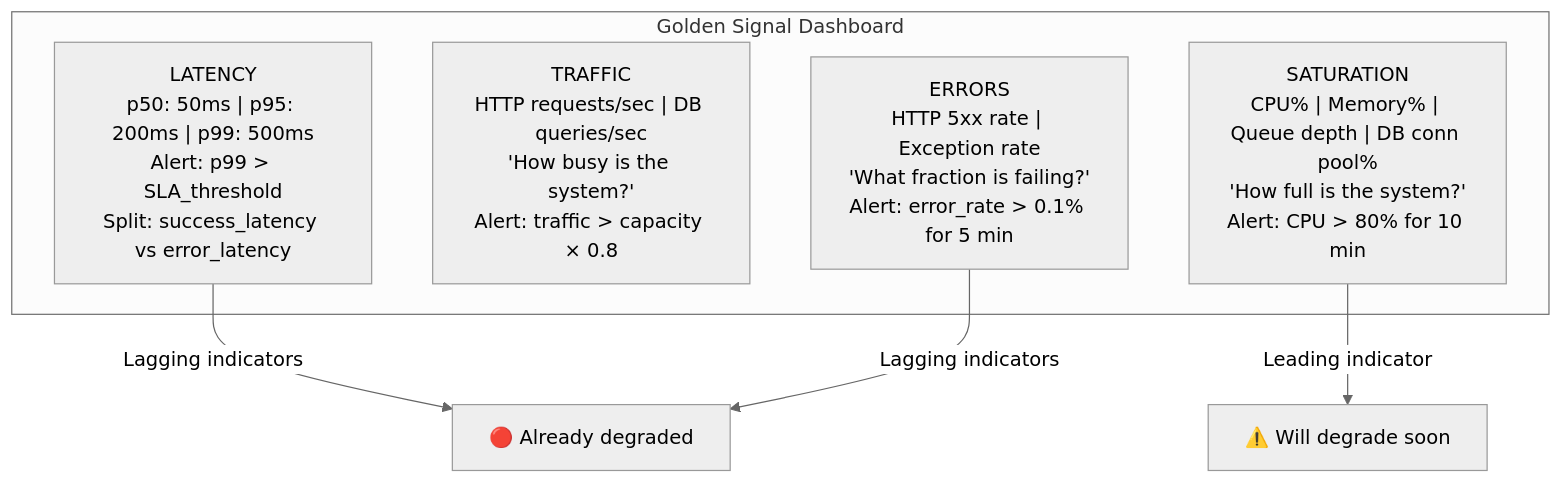
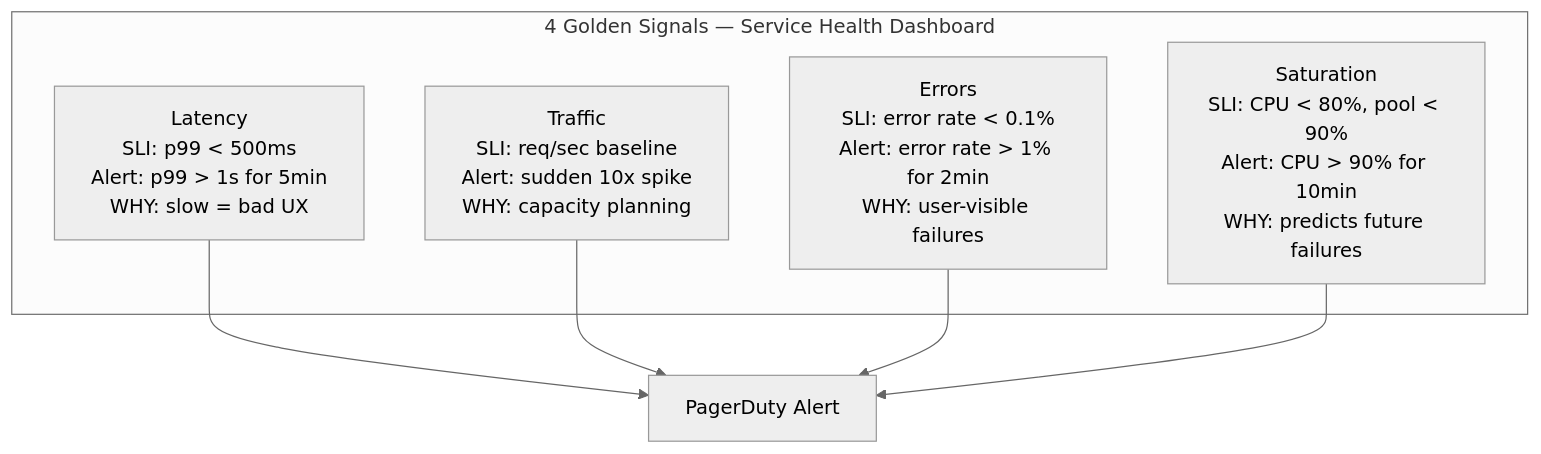
One commit to gauravprwl14/system-design-course changed the first of 12 diagrams in docs-site/content/12-interview-prep/question-bank/observability-sre/metrics-alerting-design.md. Above: the diagram before and after it, drawn with Mermaid (neutral theme). The commit also changed other lines of this file and 1 other file, not shown here.

Commit message:
feat(question-bank): add slo-sla-error-budgets

````diff
--- a/docs-site/content/12-interview-prep/question-bank/observability-sre/metrics-alerting-design.md
+++ b/docs-site/content/12-interview-prep/question-bank/observability-sre/metrics-alerting-design.md
@@ -30,17 +31,14 @@
 ```mermaid
 graph TD
-  G1["LATENCY\np50: 50ms | p95: 200ms | p99: 500ms\nAlert: p99 > SLA_threshold\nSplit: success_latency vs error_latency"]
-  G2["TRAFFIC\nHTTP requests/sec | DB queries/sec\n'How busy is the system?'\nAlert: traffic > capacity × 0.8"]
-  G3["ERRORS\nHTTP 5xx rate | Exception rate\n'What fraction is failing?'\nAlert: error_rate > 0.1% for 5 min"]
-  G4["SATURATION\nCPU% | Memory% | Queue depth | DB conn pool%\n'How full is the system?'\nAlert: CPU > 80% for 10 min"]
-
-  subgraph Dashboard["Golden Signal Dashboard"]
-    G1
-    G2
-    G3
-    G4
+  subgraph GoldenSignals["4 Golden Signals — Service Health Dashboard"]
+    L["Latency\nSLI: p99 < 500ms\nAlert: p99 > 1s for 5min\nWHY: slow = bad UX"]
+    T["Traffic\nSLI: req/sec baseline\nAlert: sudden 10x spike\nWHY: capacity planning"]
+    E["Errors\nSLI: error rate < 0.1%\nAlert: error rate > 1% for 2min\nWHY: user-visible failures"]
+    S["Saturation\nSLI: CPU < 80%, pool < 90%\nAlert: CPU > 90% for 10min\nWHY: predicts future failures"]
   end
 
-  G4 -->|"Leading indicator"| Warning["⚠️ Will degrade soon"]
-  G1 & G3 -->|"Lagging indicators"| Failure["🔴 Already degraded"]
+  L --> Alert[PagerDuty Alert]
+  T --> Alert
+  E --> Alert
+  S --> Alert
 ```
````
